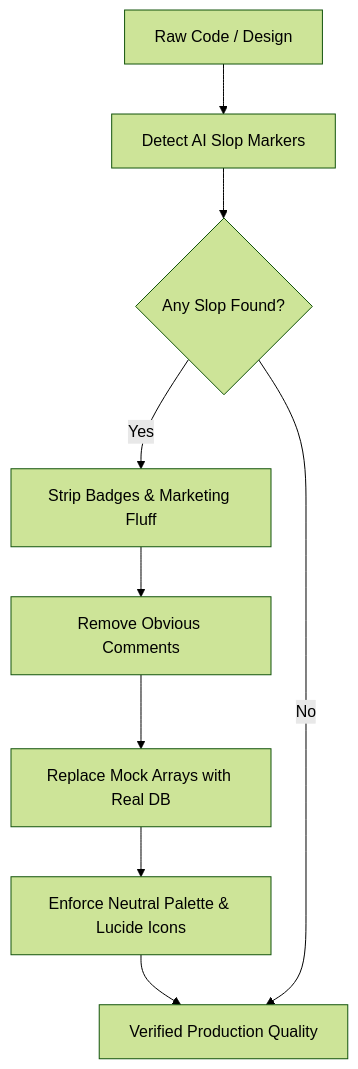
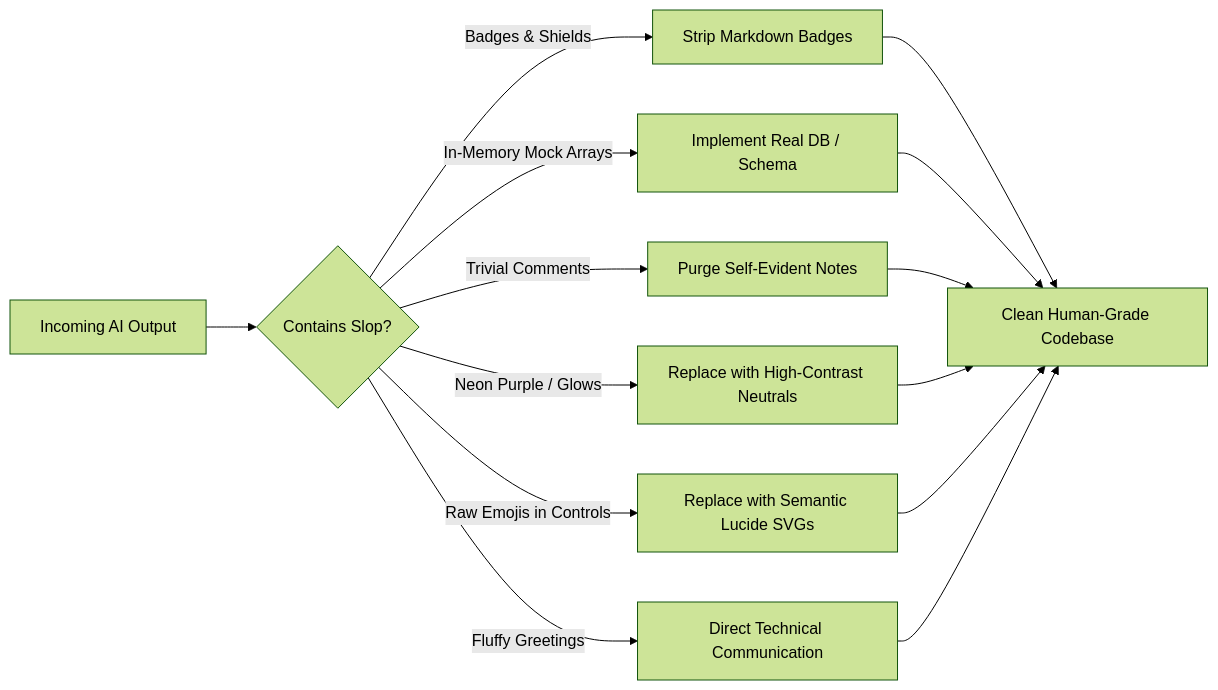
The diagram in skills/anti-slop/SKILL.md (darknecrocities/SkillBuilder), drawn with Mermaid (forest theme) before and after one commit. The commit also changed other lines of this file and 3 other files, not shown here.

````diff
--- a/skills/anti-slop/SKILL.md
+++ b/skills/anti-slop/SKILL.md
@@ -32,11 +16,11 @@
 ```mermaid
-flowchart TD
-    A["Raw Code / Design"] --> B["Detect AI Slop Markers"]
-    B --> C{"Any Slop Found?"}
-    C -- "Yes" --> D["Strip Badges & Marketing Fluff"]
-    D --> E["Remove Obvious Comments"]
-    E --> F["Replace Mock Arrays with Real DB"]
-    F --> G["Enforce Neutral Palette & Lucide Icons"]
-    G --> H["Verified Production Quality"]
-    C -- "No" --> H
+flowchart LR
+    A["Incoming AI Output"] --> B{"Contains Slop?"}
+    B -- "Badges & Shields" --> C["Strip Markdown Badges"]
+    B -- "In-Memory Mock Arrays" --> D["Implement Real DB / Schema"]
+    B -- "Trivial Comments" --> E["Purge Self-Evident Notes"]
+    B -- "Neon Purple / Glows" --> F["Replace with High-Contrast Neutrals"]
+    B -- "Raw Emojis in Controls" --> G["Replace with Semantic Lucide SVGs"]
+    B -- "Fluffy Greetings" --> H["Direct Technical Communication"]
+    C & D & E & F & G & H --> I["Clean Human-Grade Codebase"]
 ```
````
